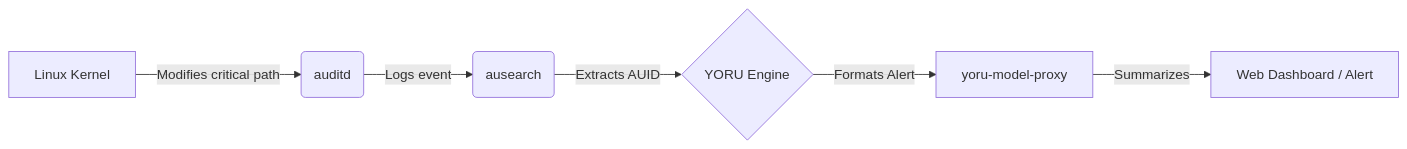
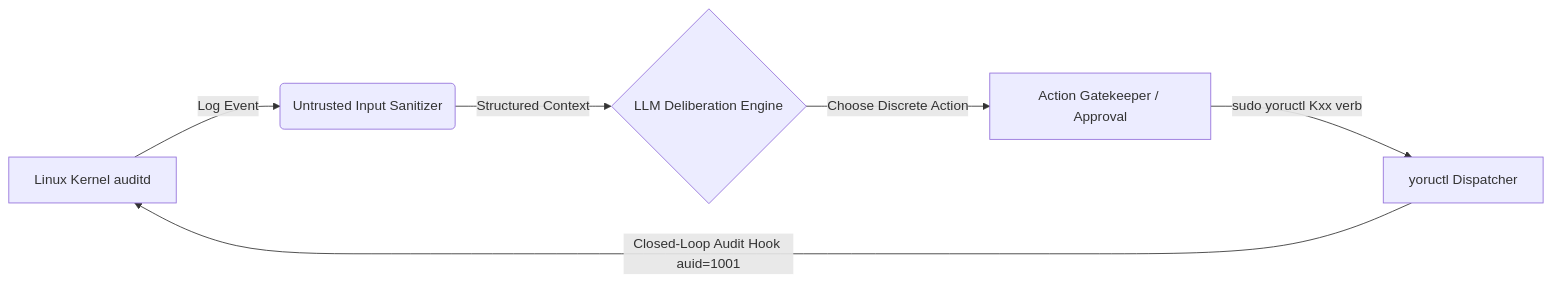
Before and after one commit to indri007/YORU: the diagram in README.md, drawn with Mermaid. The commit also changed other lines of this file and 10 other files, not shown here.

````diff
--- a/README.md
+++ b/README.md
@@ -42,8 +43,8 @@
 ```mermaid
 flowchart LR
-    A[Linux Kernel] -->|Modifies critical path| B(auditd)
-    B -->|Logs event| C(ausearch)
-    C -->|Extracts AUID| D{YORU Engine}
-    D -->|Formats Alert| E[yoru-model-proxy]
-    E -->|Summarizes| F[Web Dashboard / Alert]
+    A[Linux Kernel auditd] -->|Log Event| B(Untrusted Input Sanitizer)
+    B -->|Structured Context| C{LLM Deliberation Engine}
+    C -->|Choose Discrete Action| D[Action Gatekeeper / Approval]
+    D -->|sudo yoructl Kxx verb| E[yoructl Dispatcher]
+    E -->|Closed-Loop Audit Hook auid=1001| A
 ```
````
